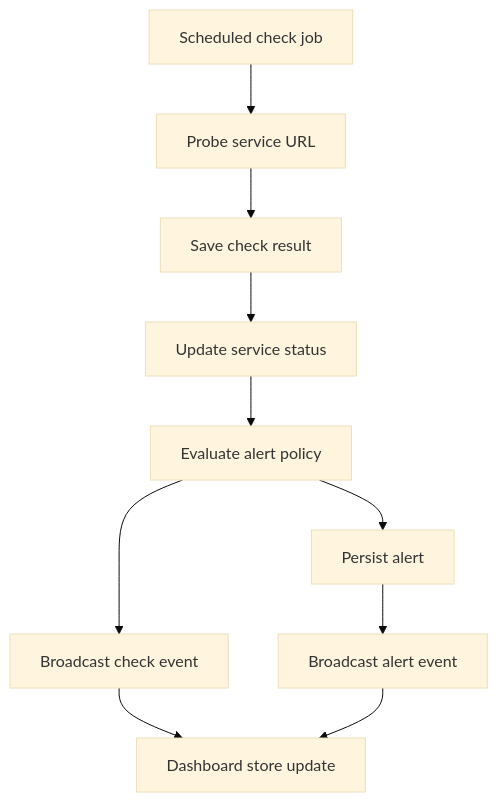
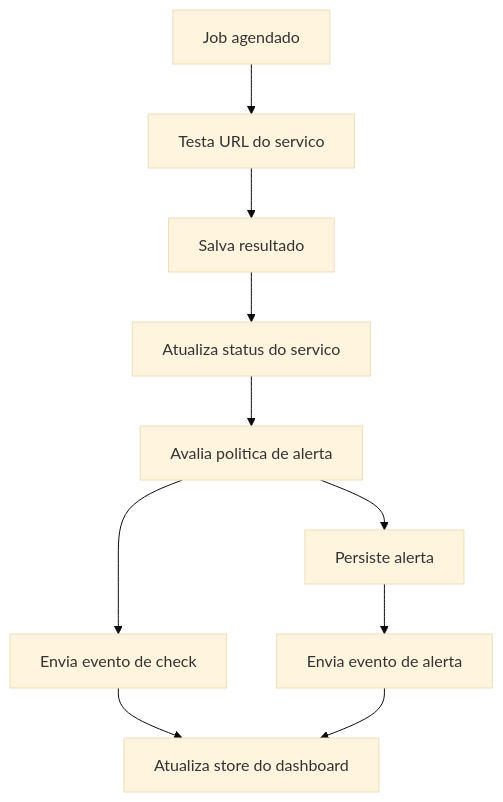
The second of 3 diagrams in README.md (ThQMS/Devpulse), drawn with Mermaid (base theme) before and after one commit. The commit also changed other lines of this file, not shown here.

````diff
--- a/README.md
+++ b/README.md
@@ -52,22 +54,22 @@
 ```mermaid
 graph TD
-  Job[Scheduled check job]
-  Probe[Probe service URL]
-  Save[Save check result]
-  Update[Update service status]
-  Evaluate[Evaluate alert policy]
-  Alert[Persist alert]
-  BroadcastCheck[Broadcast check event]
-  BroadcastAlert[Broadcast alert event]
-  Dashboard[Dashboard store update]
+  Job[Job agendado]
+  Probe[Testa URL do servico]
+  Save[Salva resultado]
+  Update[Atualiza status do servico]
+  Evaluate[Avalia politica de alerta]
+  Alert[Persiste alerta]
+  BroadcastCheck[Envia evento de check]
+  BroadcastAlert[Envia evento de alerta]
+  Dashboard[Atualiza store do dashboard]
 
   Job --> Probe
   Probe --> Save
   Save --> Update
   Update --> Evaluate
   Evaluate --> Alert
   Evaluate --> BroadcastCheck
   Alert --> BroadcastAlert
   BroadcastCheck --> Dashboard
   BroadcastAlert --> Dashboard
 ```
````
